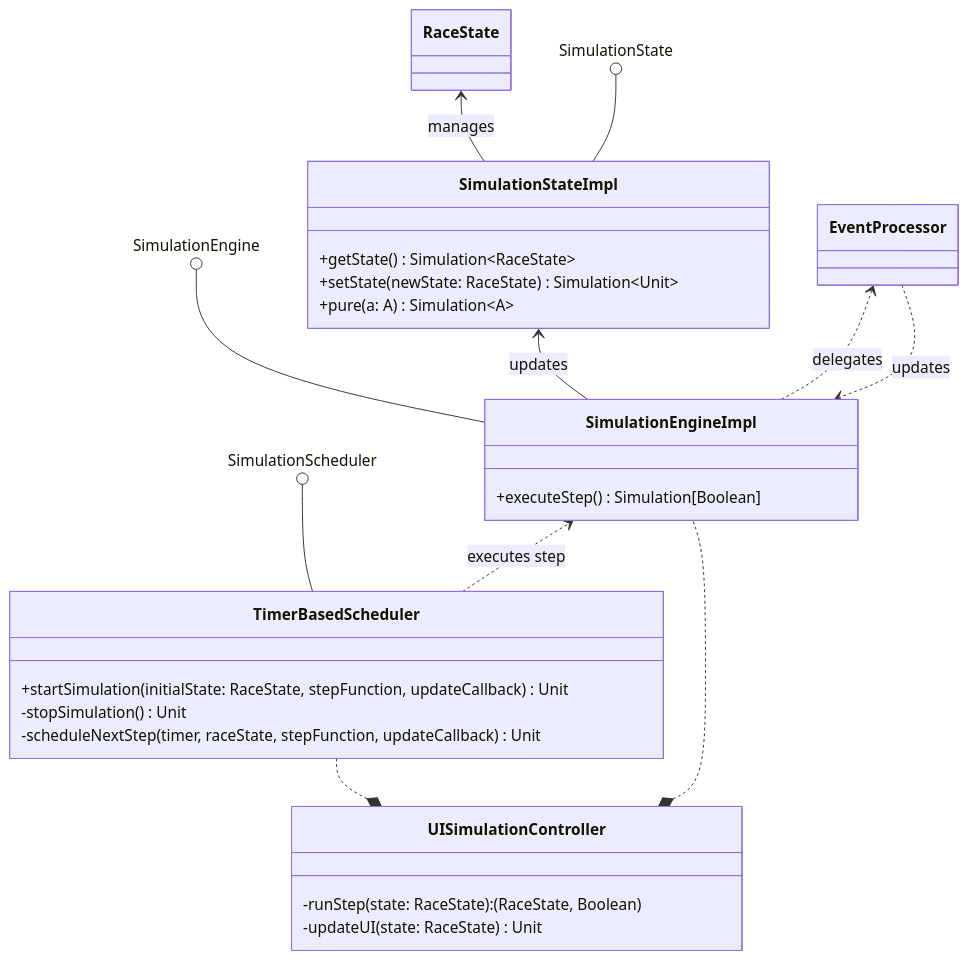
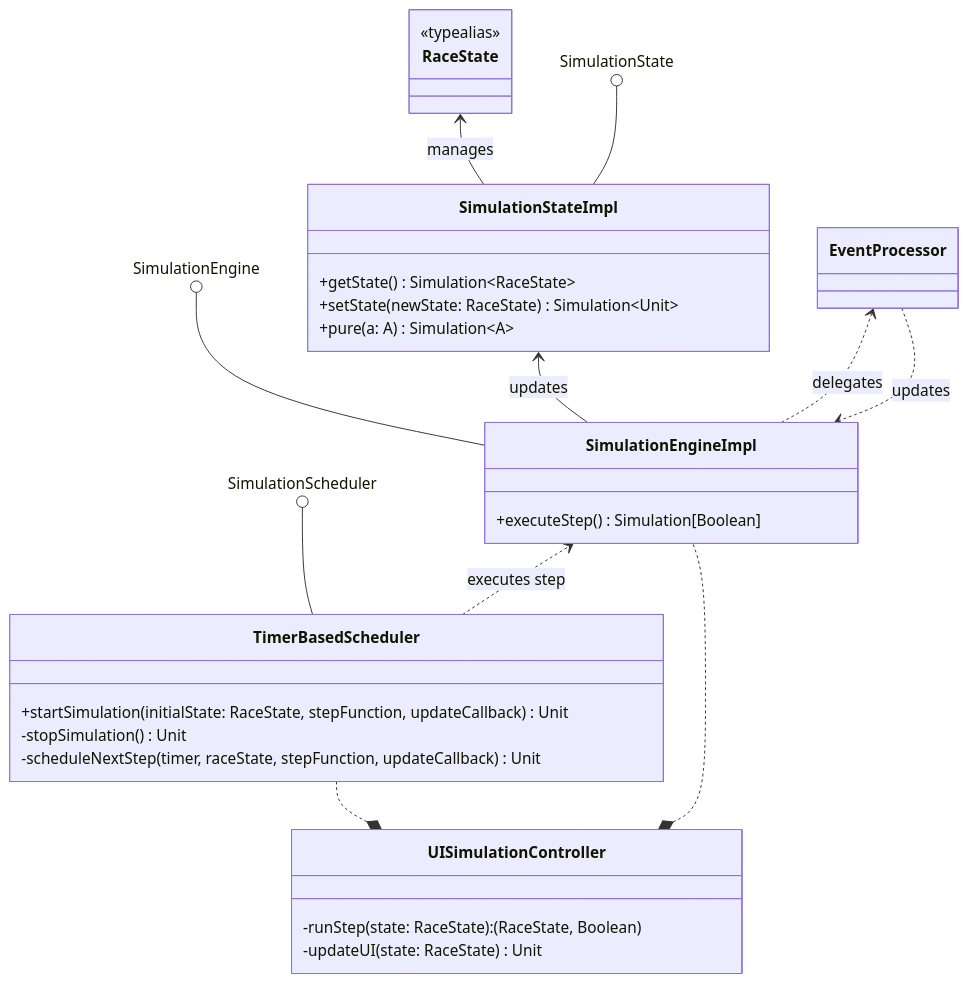
Before and after one commit to ItsTiz/PPS-24-sgp: the diagram in docs/report/5_implementation/tiziano/sim_engine.md, drawn with Mermaid. The commit also changed 1 other file, not shown here.

Commit message:
docs: fixed diagrams

````diff
--- a/docs/report/5_implementation/tiziano/sim_engine.md
+++ b/docs/report/5_implementation/tiziano/sim_engine.md
@@ -7,41 +7,43 @@
 ```mermaid
 classDiagram
     direction BT
     class SimulationEngineImpl {
         +executeStep() Simulation[Boolean]
     }
 
     class TimerBasedScheduler {
         +startSimulation(initialState: RaceState, stepFunction, updateCallback) Unit
         -stopSimulation() Unit
         -scheduleNextStep(timer, raceState, stepFunction, updateCallback) Unit
     }
 
     class SimulationStateImpl {
         +getState() Simulation~RaceState~
         +setState(newState: RaceState) Simulation~Unit~
         +pure(a: A) Simulation~A~
     }
 
-    class RaceState
+    class RaceState{
+        <<typealias>>
+    }
 
     class UISimulationController {
         -runStep(state: RaceState): (RaceState, Boolean)
         -updateUI(state: RaceState) Unit
     }
 
     class EventProcessor
 
     TimerBasedScheduler --() SimulationScheduler
     TimerBasedScheduler ..> SimulationEngineImpl: executes step
     SimulationEngineImpl --() SimulationEngine
     SimulationEngineImpl --> SimulationStateImpl: updates
     SimulationEngineImpl ..> EventProcessor: delegates
     SimulationStateImpl --> RaceState: manages
     SimulationStateImpl --() SimulationState
     EventProcessor ..> SimulationEngineImpl: updates
     UISimulationController *.. TimerBasedScheduler
     UISimulationController *.. SimulationEngineImpl
 
 
 ```
````
